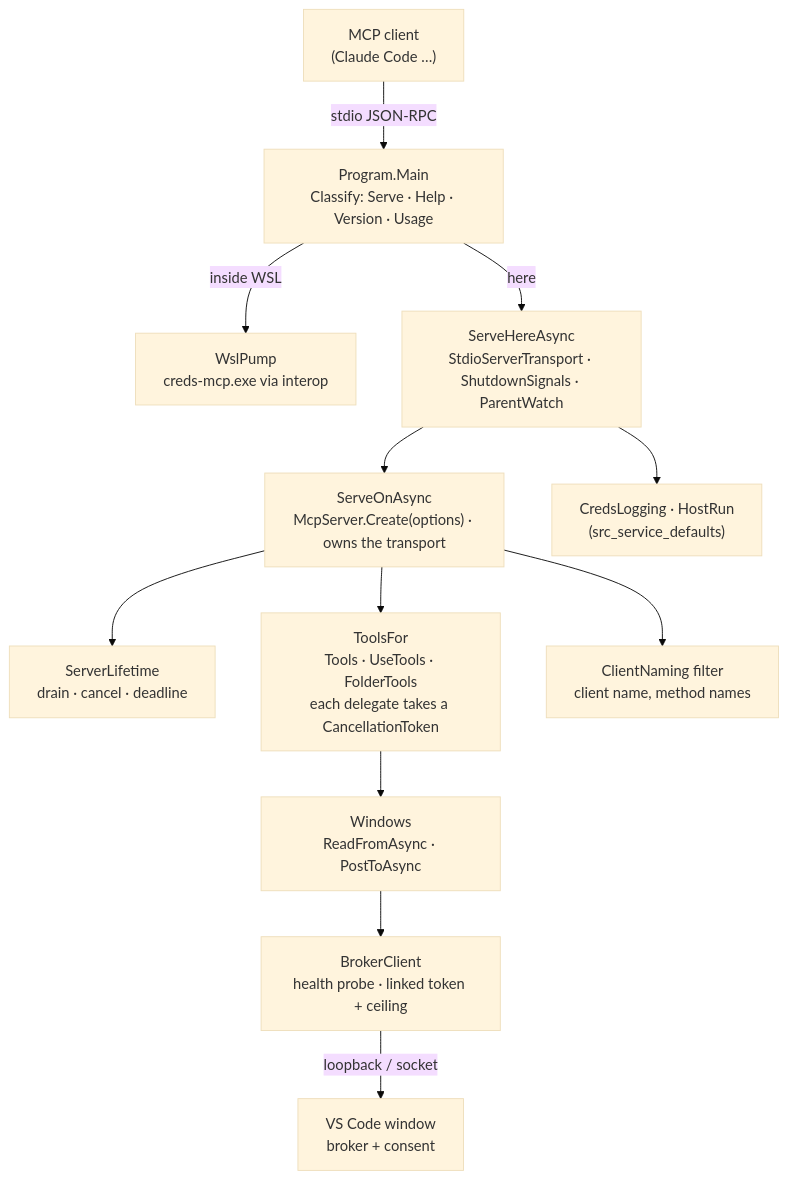
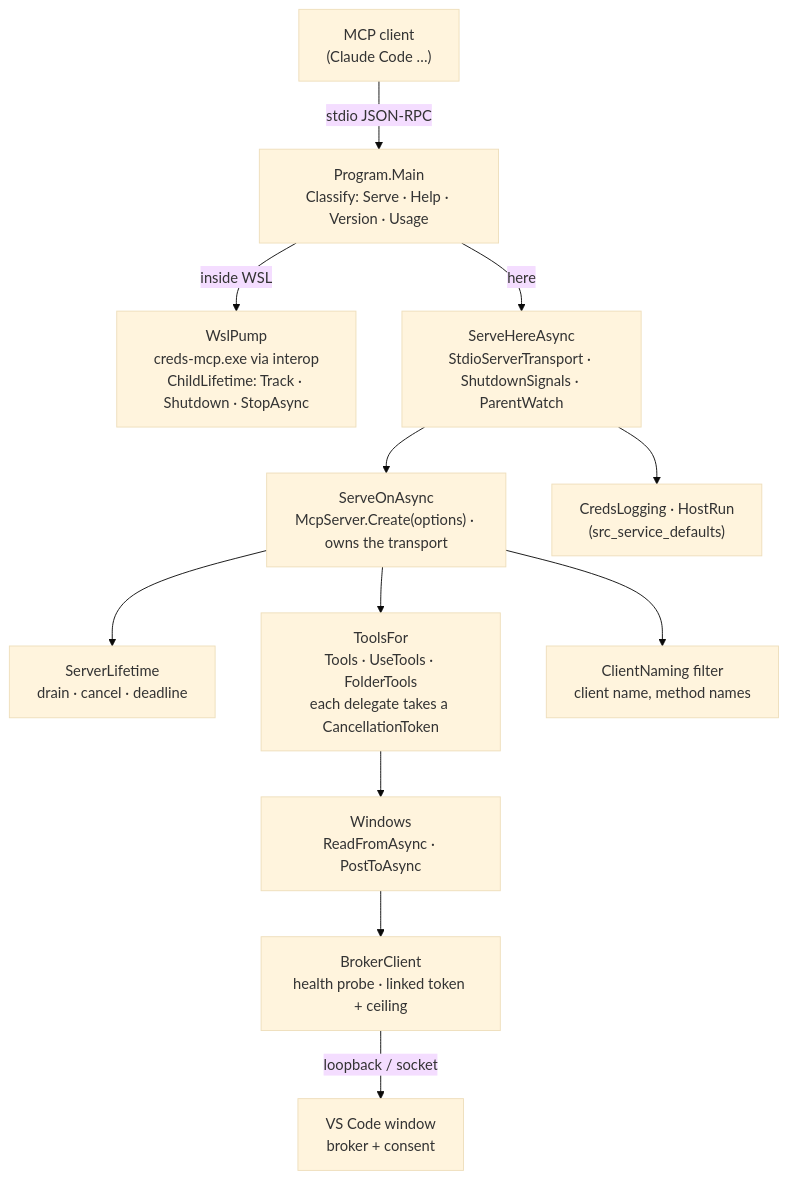
The diagram in research/module_mcp.md (oleksandrdubyna88/dew_flow_creds_for_devs), drawn with Mermaid (base theme) before and after one commit. The commit also changed other lines of this file and 33 other files, not shown here.

First line of the commit message:
fix(mcp,cli): the bridge and the relay stop what they started (E3) (#214)

````diff
--- a/research/module_mcp.md
+++ b/research/module_mcp.md
@@ -29,14 +31,14 @@
 ```mermaid
 flowchart TB
     client["MCP client<br/>(Claude Code …)"] -- "stdio JSON-RPC" --> main["Program.Main<br/>Classify: Serve · Help · Version · Usage"]
-    main -->|"inside WSL"| pump["WslPump<br/>creds-mcp.exe via interop"]
+    main -->|"inside WSL"| pump["WslPump<br/>creds-mcp.exe via interop<br/>ChildLifetime: Track · Shutdown · StopAsync"]
     main -->|"here"| serve["ServeHereAsync<br/>StdioServerTransport · ShutdownSignals · ParentWatch"]
     serve --> on["ServeOnAsync<br/>McpServer.Create(options) · owns the transport"]
     on --> life["ServerLifetime<br/>drain · cancel · deadline"]
     on --> tools["ToolsFor<br/>Tools · UseTools · FolderTools<br/>each delegate takes a CancellationToken"]
     tools --> windows["Windows<br/>ReadFromAsync · PostToAsync"]
     windows --> broker["BrokerClient<br/>health probe · linked token + ceiling"]
     broker -- "loopback / socket" --> window["VS Code window<br/>broker + consent"]
     on --> naming["ClientNaming filter<br/>client name, method names"]
     serve --> log["CredsLogging · HostRun<br/>(src_service_defaults)"]
 ```
````
